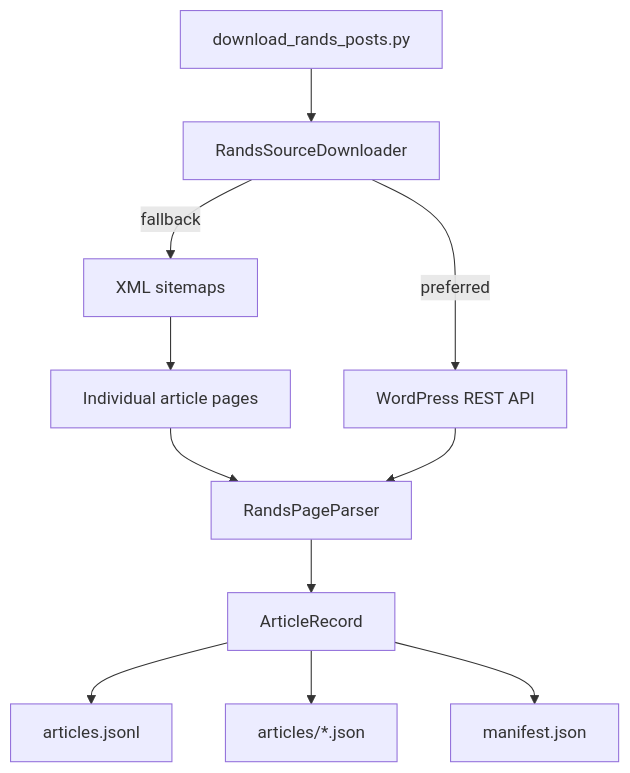
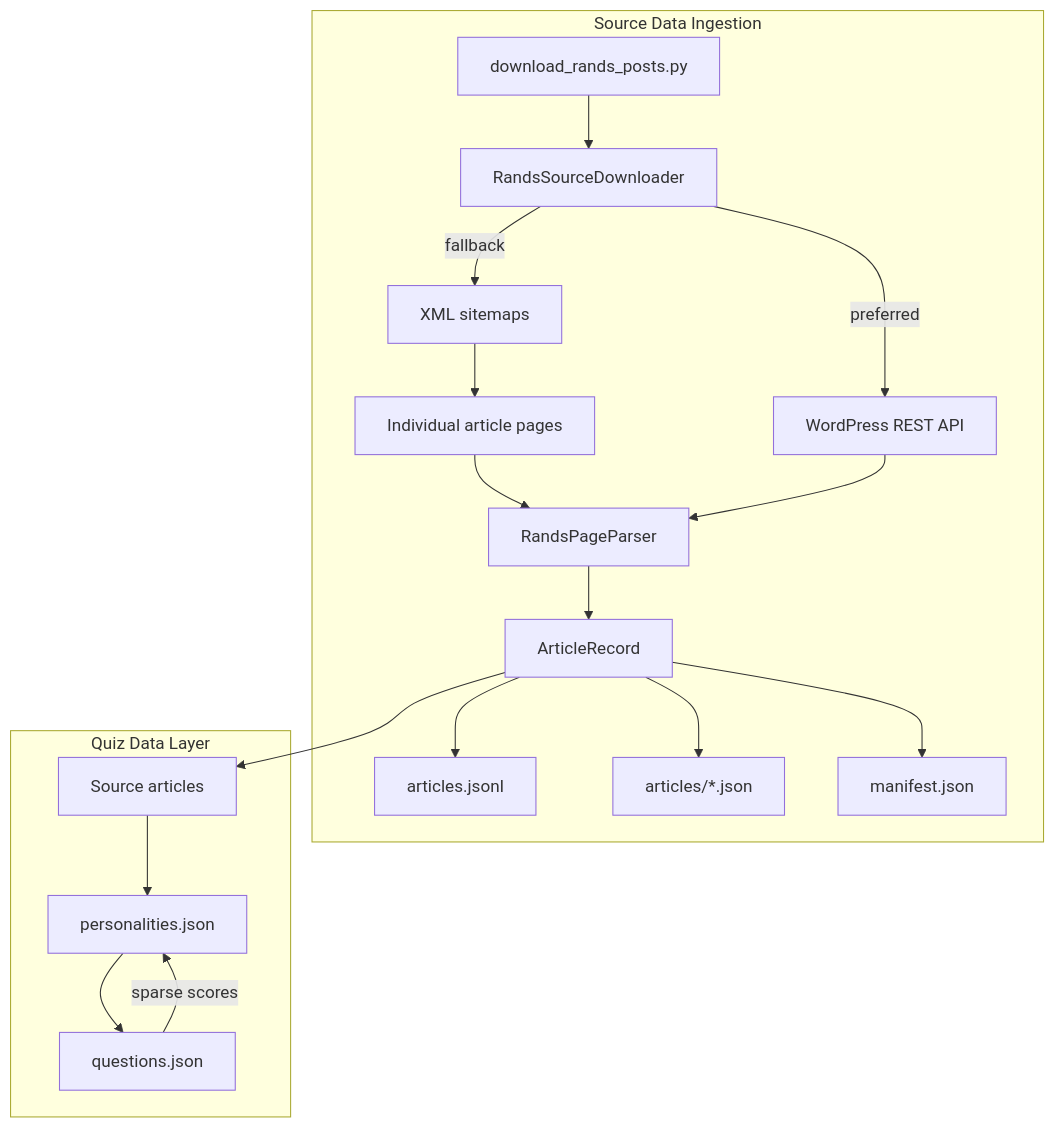
Before and after one commit to johnpfeiffer/rands-personality-game: the diagram in docs/architecture.md, drawn with Mermaid. The commit also changed other lines of this file and 1 other file, not shown here.

Commit message:
explain the Why in the README, tweak fix the arch doc

````diff
--- a/docs/architecture.md
+++ b/docs/architecture.md
@@ -12,13 +12,23 @@
 ```mermaid
 flowchart TD
-    CLI[download_rands_posts.py] --> Downloader[RandsSourceDownloader]
-    Downloader -->|preferred| WPAPI[WordPress REST API]
-    Downloader -->|fallback| Sitemap[XML sitemaps]
-    Sitemap --> Pages[Individual article pages]
-    Pages --> Parser[RandsPageParser]
-    WPAPI --> Parser
-    Parser --> Model[ArticleRecord]
-    Model --> JSONL[articles.jsonl]
-    Model --> JSONFiles[articles/*.json]
-    Model --> Manifest[manifest.json]
+    subgraph v1 [Source Data Ingestion]
+        CLI[download_rands_posts.py] --> Downloader[RandsSourceDownloader]
+        Downloader -->|preferred| WPAPI[WordPress REST API]
+        Downloader -->|fallback| Sitemap[XML sitemaps]
+        Sitemap --> Pages[Individual article pages]
+        Pages --> Parser[RandsPageParser]
+        WPAPI --> Parser
+        Parser --> Model[ArticleRecord]
+        Model --> JSONL[articles.jsonl]
+        Model --> JSONFiles[articles/*.json]
+        Model --> Manifest[manifest.json]
+    end
+
+    subgraph v2 [Quiz Data Layer]
+        Articles[Source articles] --> Personalities[personalities.json]
+        Personalities --> Questions[questions.json]
+        Questions -->|sparse scores| Personalities
+    end
+
+    Model --> Articles
 ```
````
